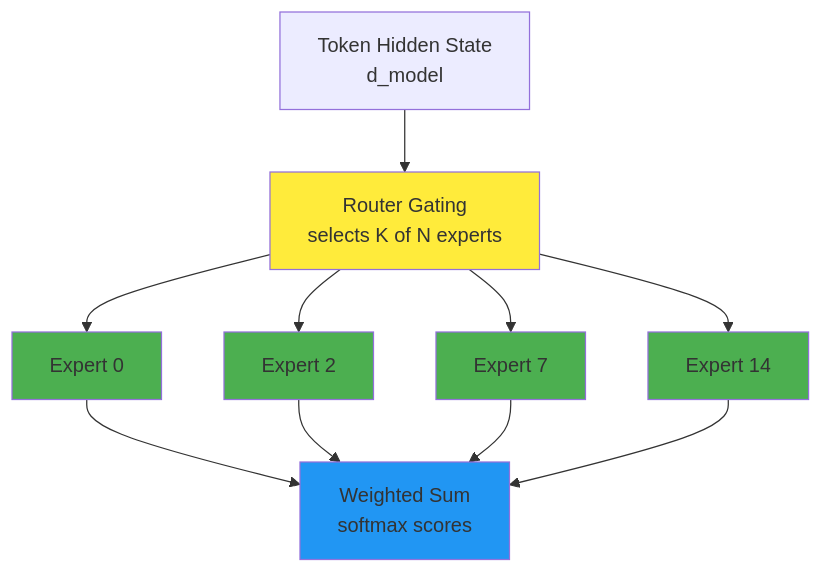
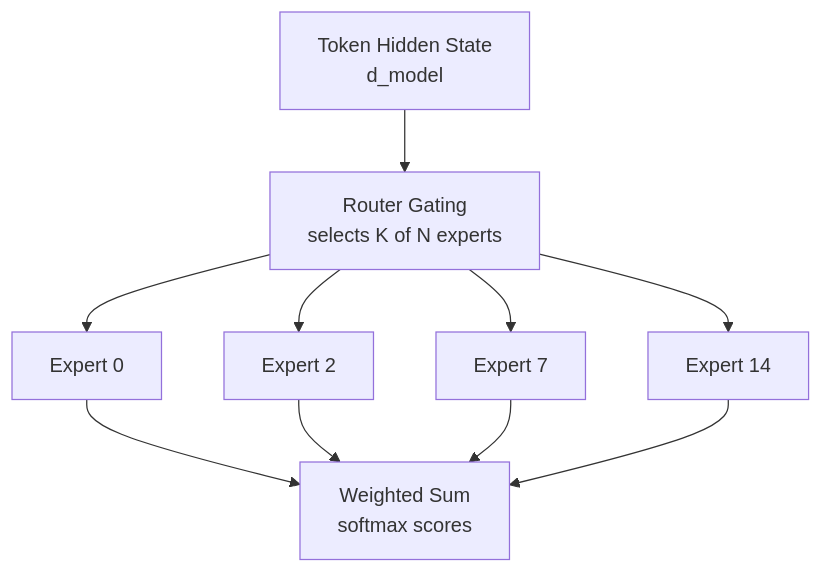
Diagram 11 of 39 in README.md (farhanshaikh-fslabs/anatomy-of-inference-serving), drawn with Mermaid before and after one commit. The commit also changed other lines of this file, not shown here.

````diff
--- a/README.md
+++ b/README.md
@@ -507,30 +507,30 @@
 ```mermaid
 graph TB
     Hidden["Token Hidden State<br/>d_model"]
     Router["Router Gating<br/>selects K of N experts"]
     
     E0["Expert 0"]
     E2["Expert 2"]
     E7["Expert 7"]
     E14["Expert 14"]
     
     Output["Weighted Sum<br/>softmax scores"]
     
     Hidden --> Router
     Router --> E0
     Router --> E2
     Router --> E7
     Router --> E14
     
     E0 --> Output
     E2 --> Output
     E7 --> Output
     E14 --> Output
     
-    style Router fill:#ffeb3b
-    style E0 fill:#4caf50
-    style E2 fill:#4caf50
-    style E7 fill:#4caf50
-    style E14 fill:#4caf50
-    style Output fill:#2196f3
+
+
+
+
+
+
 ```
````
